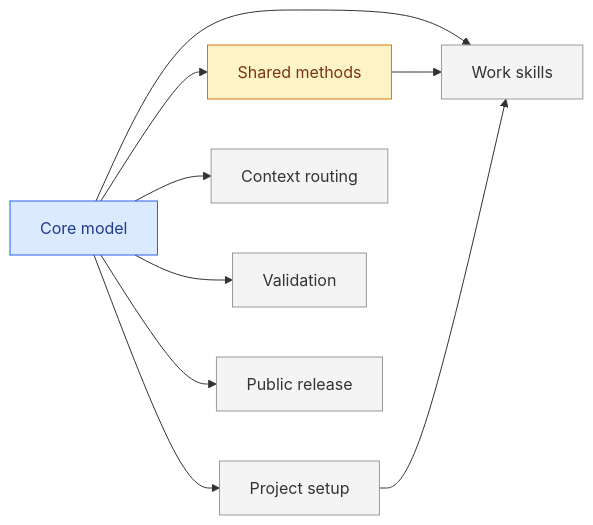
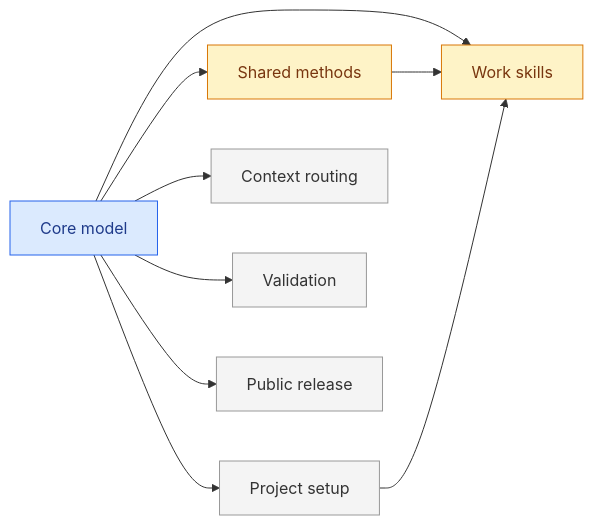
Before and after one commit to somethingdarkside1/atlas-skills: the diagram in MAP.md, drawn with Mermaid. The commit also changed other lines of this file and 14 other files, not shown here.

````diff
--- a/MAP.md
+++ b/MAP.md
@@ -10,24 +10,24 @@
 ```mermaid
 flowchart LR
   classDef sketched fill:#f4f4f4,stroke:#999,color:#333
   classDef decided fill:#dbeafe,stroke:#2563eb,color:#1e3a8a
   classDef building fill:#fef3c7,stroke:#d97706,color:#78350f
   classDef done fill:#dcfce7,stroke:#16a34a,color:#14532d
 
   core-model["Core model"]:::decided
   shared-methods["Shared methods"]:::building
   project-setup["Project setup"]:::sketched
-  work-skills["Work skills"]:::sketched
+  work-skills["Work skills"]:::building
   context-routing["Context routing"]:::sketched
   validation["Validation"]:::sketched
   public-release["Public release"]:::sketched
 
   core-model --> shared-methods
   core-model --> project-setup
   core-model --> work-skills
   shared-methods --> work-skills
   project-setup --> work-skills
   core-model --> context-routing
   core-model --> validation
   core-model --> public-release
 ```
````
